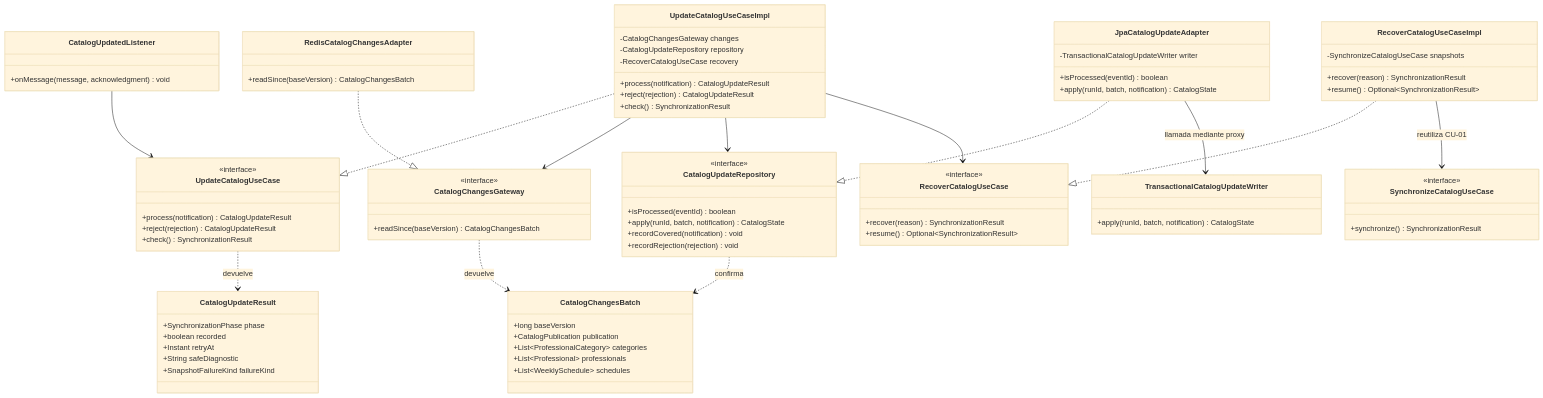
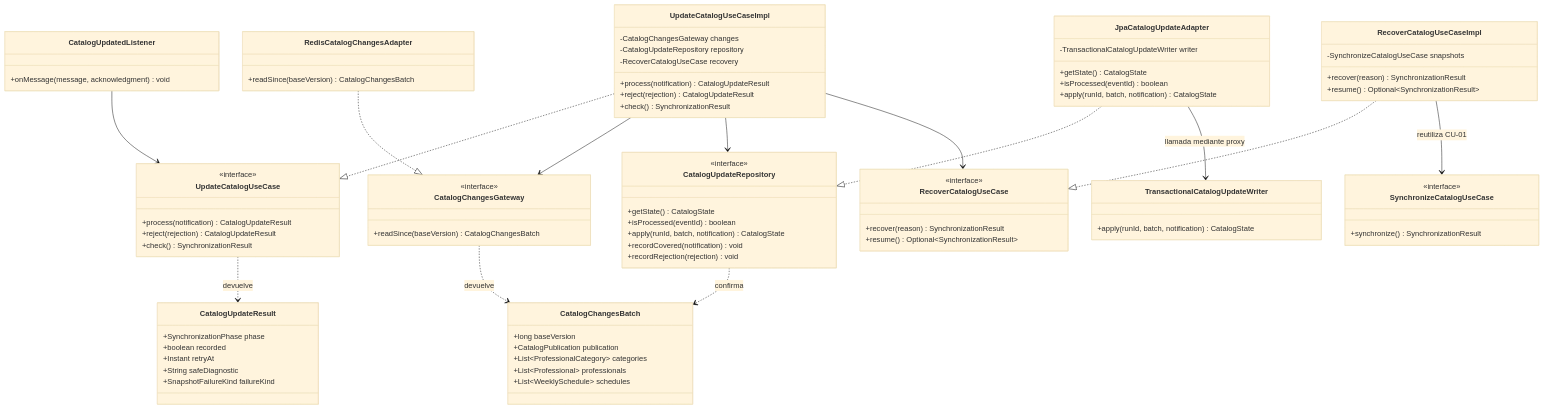
One commit to prog2-perassiferrara/backend-catalogo changed the first of 2 diagrams in docs/features/sincronizacion-incremental/PLAN.md. Above: the diagram before and after it, drawn with Mermaid (base theme). The commit also changed other lines of this file and 16 other files, not shown here.

```diff
--- a/docs/features/sincronizacion-incremental/PLAN.md
+++ b/docs/features/sincronizacion-incremental/PLAN.md
@@ -111,6 +121,7 @@
 }
 class CatalogUpdateRepository {
   <<interface>>
+  +getState() CatalogState
   +isProcessed(eventId) boolean
   +apply(runId, batch, notification) CatalogState
   +recordCovered(notification) void
@@ -118,6 +129,7 @@
 }
 class JpaCatalogUpdateAdapter {
   -TransactionalCatalogUpdateWriter writer
+  +getState() CatalogState
   +isProcessed(eventId) boolean
   +apply(runId, batch, notification) CatalogState
 }
```
